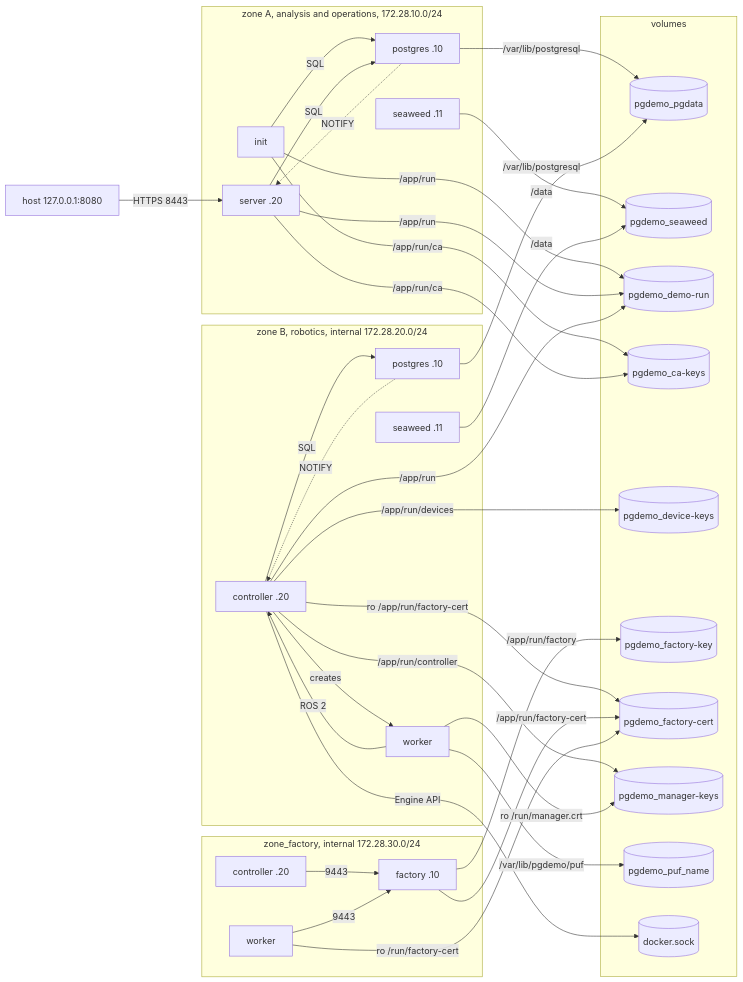
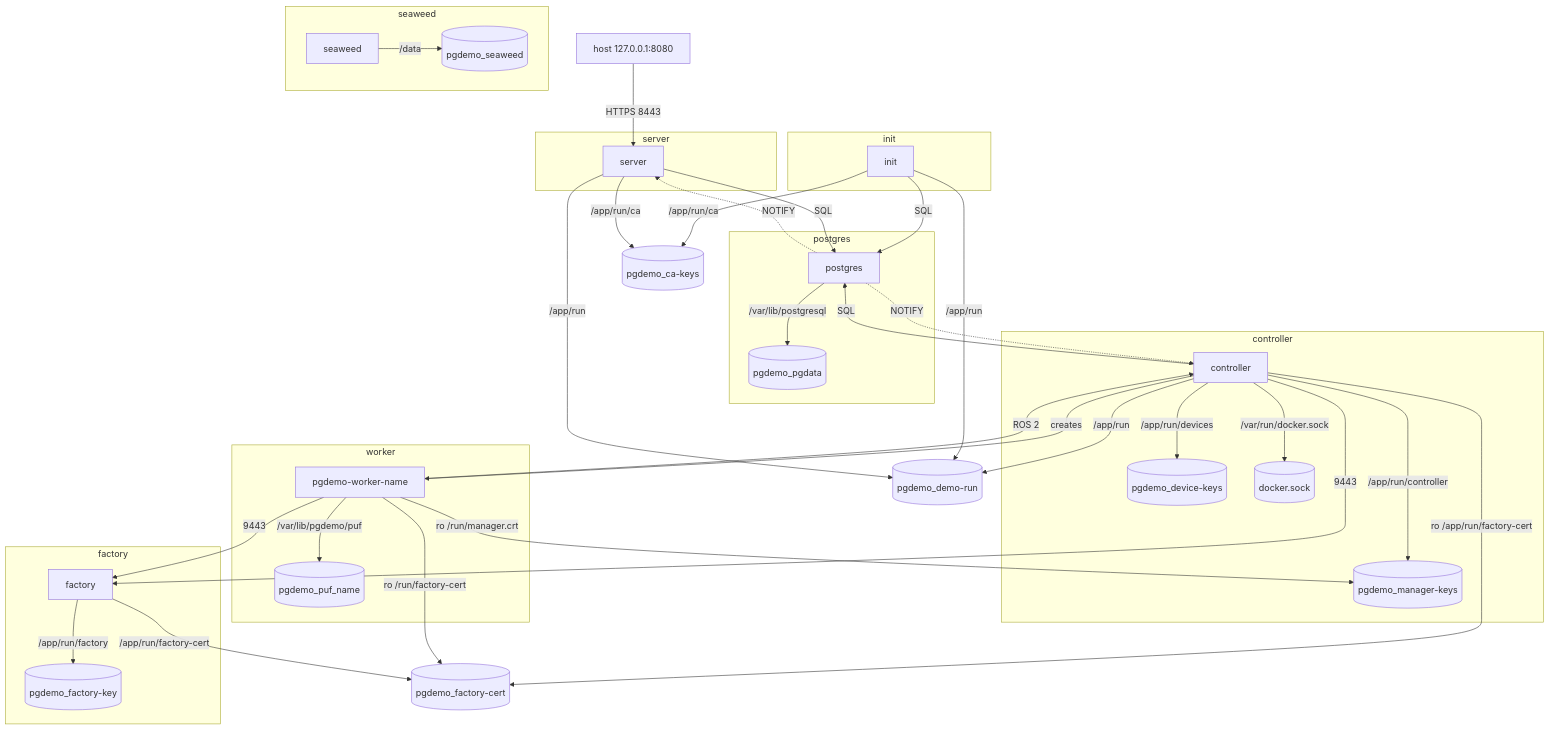
The second of 2 diagrams in docker/operational/README.md (jgmatu/postgresql), drawn with Mermaid before and after one commit. The commit also changed other lines of this file, not shown here.

Commit message:
Draw each operational container once so PostgreSQL and SeaweedFS stay shared stores and each worker keeps its own namespace.

````diff
--- a/docker/operational/README.md
+++ b/docker/operational/README.md
@@ -61,67 +62,65 @@
 ```mermaid
-flowchart LR
+flowchart TB
     host["host 127.0.0.1:8080"]
 
-    subgraph zoneA ["zone A, analysis and operations, 172.28.10.0/24"]
+    subgraph nsInit ["init"]
         init["init"]
-        server["server .20"]
-        pgA["postgres .10"]
-        swA["seaweed .11"]
+    end
+    subgraph nsServer ["server"]
+        server["server"]
+    end
+    subgraph nsPostgres ["postgres"]
+        postgres["postgres"]
+        pgdata[("pgdemo_pgdata")]
+    end
+    subgraph nsSeaweed ["seaweed"]
+        seaweed["seaweed"]
+        seaweedVol[("pgdemo_seaweed")]
+    end
+    subgraph nsController ["controller"]
+        controller["controller"]
+        deviceKeys[("pgdemo_device-keys")]
+        managerKeys[("pgdemo_manager-keys")]
+        sock[("docker.sock")]
+    end
+    subgraph nsWorker ["worker"]
+        worker["pgdemo-worker-name"]
+        puf[("pgdemo_puf_name")]
+    end
+    subgraph nsFactory ["factory"]
+        factory["factory"]
+        factoryKey[("pgdemo_factory-key")]
     end
 
-    subgraph zoneB ["zone B, robotics, internal 172.28.20.0/24"]
-        controller["controller .20"]
-        worker["worker"]
-        pgB["postgres .10"]
-        swB["seaweed .11"]
-    end
-
-    subgraph zoneF ["zone_factory, internal 172.28.30.0/24"]
-        factory["factory .10"]
-        controllerF["controller .20"]
-        workerF["worker"]
-    end
-
-    subgraph disks ["volumes"]
-        pgdata[("pgdemo_pgdata")]
-        seaweedVol[("pgdemo_seaweed")]
-        demoRun[("pgdemo_demo-run")]
-        caKeys[("pgdemo_ca-keys")]
-        deviceKeys[("pgdemo_device-keys")]
-        factoryKey[("pgdemo_factory-key")]
-        factoryCert[("pgdemo_factory-cert")]
-        managerKeys[("pgdemo_manager-keys")]
-        puf[("pgdemo_puf_name")]
-        sock[("docker.sock")]
-    end
+    demoRun[("pgdemo_demo-run")]
+    caKeys[("pgdemo_ca-keys")]
+    factoryCert[("pgdemo_factory-cert")]
 
     host -->|"HTTPS 8443"| server
-    init -->|"SQL"| pgA
-    server -->|"SQL"| pgA
-    pgA -.->|"NOTIFY"| server
-    controller -->|"SQL"| pgB
-    pgB -.->|"NOTIFY"| controller
-    controller -->|"Engine API"| sock
+    init -->|"SQL"| postgres
+    server -->|"SQL"| postgres
+    postgres -.->|"NOTIFY"| server
+    controller -->|"SQL"| postgres
+    postgres -.->|"NOTIFY"| controller
     controller -->|"creates"| worker
     worker -->|"ROS 2"| controller
-    controllerF -->|"9443"| factory
-    workerF -->|"9443"| factory
+    controller -->|"9443"| factory
+    worker -->|"9443"| factory
 
-    pgA -->|"/var/lib/postgresql"| pgdata
-    pgB -->|"/var/lib/postgresql"| pgdata
-    swA -->|"/data"| seaweedVol
-    swB -->|"/data"| seaweedVol
+    postgres -->|"/var/lib/postgresql"| pgdata
+    seaweed -->|"/data"| seaweedVol
+    controller -->|"/app/run/devices"| deviceKeys
+    controller -->|"/app/run/controller"| managerKeys
+    controller -->|"/var/run/docker.sock"| sock
+    worker -->|"/var/lib/pgdemo/puf"| puf
+    factory -->|"/app/run/factory"| factoryKey
     init -->|"/app/run"| demoRun
     server -->|"/app/run"| demoRun
     controller -->|"/app/run"| demoRun
     init -->|"/app/run/ca"| caKeys
     server -->|"/app/run/ca"| caKeys
-    controller -->|"/app/run/devices"| deviceKeys
-    controller -->|"/app/run/controller"| managerKeys
+    factory -->|"/app/run/factory-cert"| factoryCert
     controller -->|"ro /app/run/factory-cert"| factoryCert
-    factory -->|"/app/run/factory"| factoryKey
-    factory -->|"/app/run/factory-cert"| factoryCert
-    workerF -->|"ro /run/factory-cert"| factoryCert
+    worker -->|"ro /run/factory-cert"| factoryCert
     worker -->|"ro /run/manager.crt"| managerKeys
-    worker -->|"/var/lib/pgdemo/puf"| puf
 ```
````
